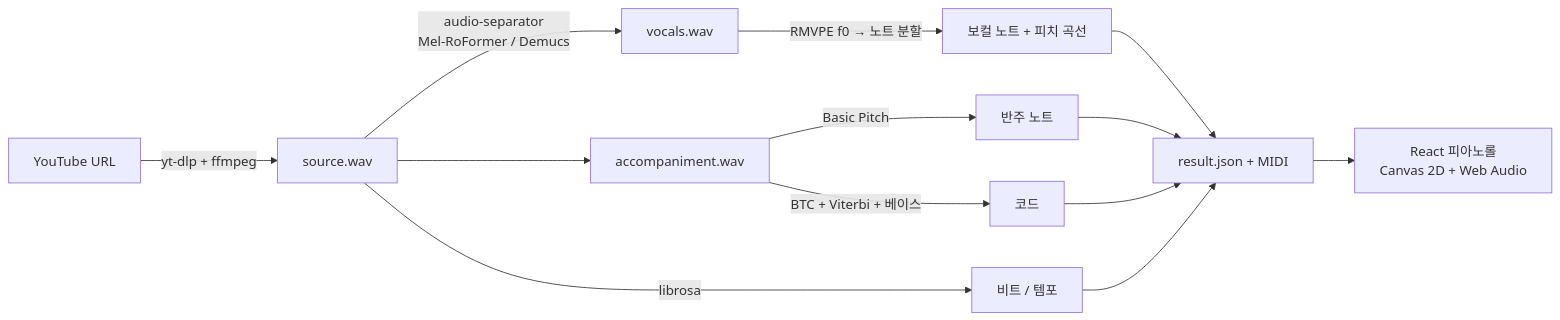
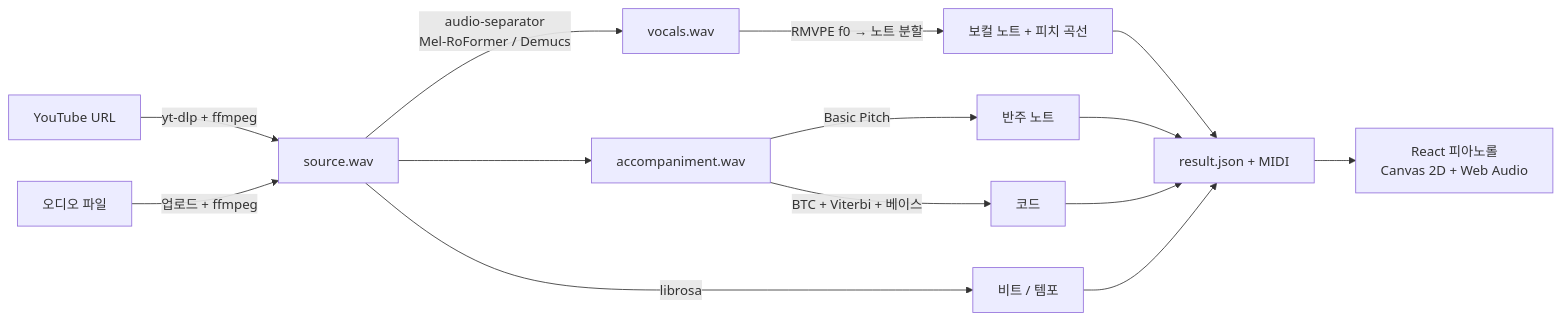
The diagram in README.ko.md (Devleu0/Melody-Chord-Transcriber), drawn with Mermaid before and after one commit. The commit also changed other lines of this file and 16 other files, not shown here.

````diff
--- a/README.ko.md
+++ b/README.ko.md
@@ -42,12 +43,13 @@
 ```mermaid
 flowchart LR
   A[YouTube URL] -->|yt-dlp + ffmpeg| B[source.wav]
+  U[오디오 파일] -->|업로드 + ffmpeg| B
   B -->|audio-separator<br/>Mel-RoFormer / Demucs| C[vocals.wav]
   B --> D[accompaniment.wav]
   C -->|RMVPE f0 → 노트 분할| E[보컬 노트 + 피치 곡선]
   D -->|Basic Pitch| F[반주 노트]
   D -->|BTC + Viterbi + 베이스| G[코드]
   B -->|librosa| H[비트 / 템포]
   E & F & G & H --> I[result.json + MIDI]
   I --> J[React 피아노롤<br/>Canvas 2D + Web Audio]
 ```
````
